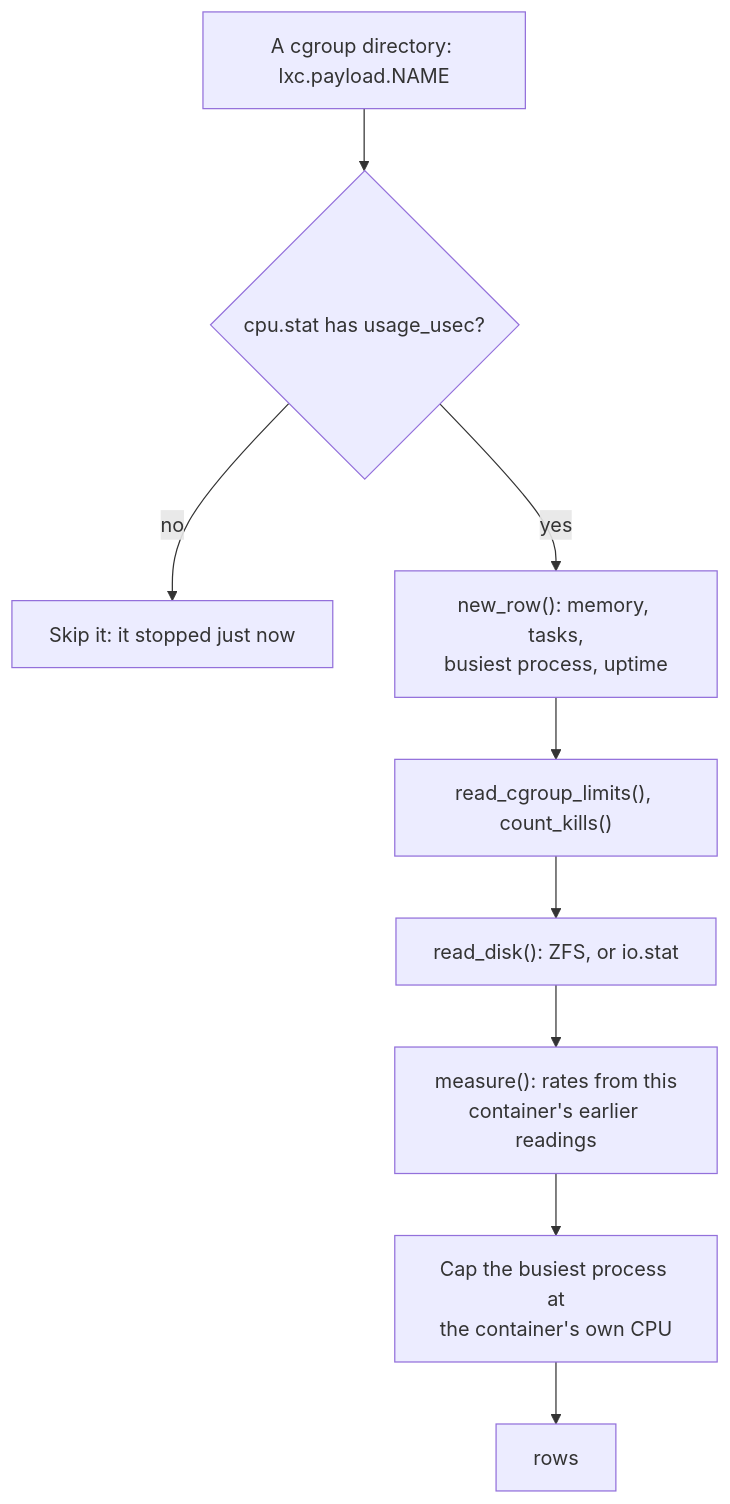
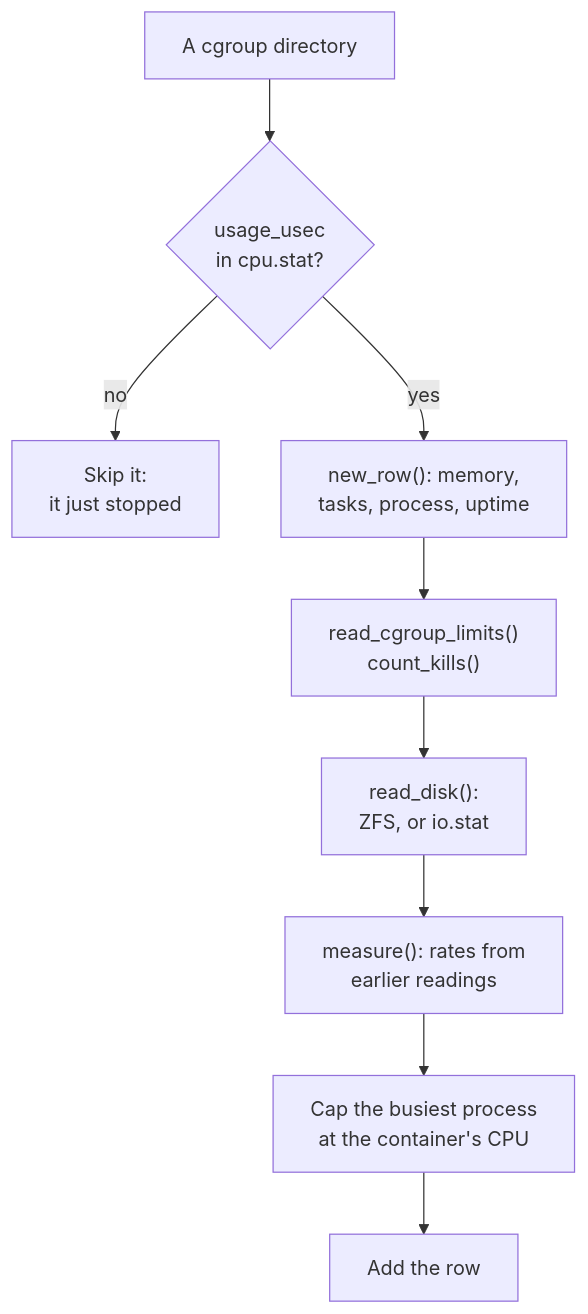
One commit to bjhinkle/lxdtop changed the fourth of 5 diagrams in docs/WALKTHROUGH.md. Above: the diagram before and after it, drawn with Mermaid. The commit also changed other lines of this file, not shown here.

First line of the commit message:
docs: shorter labels in the walkthrough's diagrams

````diff
--- a/docs/WALKTHROUGH.md
+++ b/docs/WALKTHROUGH.md
@@ -351,11 +351,11 @@
 ```mermaid
 flowchart TD
-    dir["A cgroup directory: lxc.payload.NAME"] --> cpu{"cpu.stat has usage_usec?"}
-    cpu -- no --> skip["Skip it: it stopped just now"]
-    cpu -- yes --> row["new_row(): memory, tasks,<br/>busiest process, uptime"]
-    row --> lim["read_cgroup_limits(), count_kills()"]
-    lim --> disk["read_disk(): ZFS, or io.stat"]
-    disk --> meas["measure(): rates from this<br/>container's earlier readings"]
-    meas --> cap["Cap the busiest process at<br/>the container's own CPU"]
-    cap --> rows["rows"]
+    dir["A cgroup directory"] --> cpu{"usage_usec<br/>in cpu.stat?"}
+    cpu -- no --> skip["Skip it:<br/>it just stopped"]
+    cpu -- yes --> row["new_row(): memory,<br/>tasks, process, uptime"]
+    row --> lim["read_cgroup_limits()<br/>count_kills()"]
+    lim --> disk["read_disk():<br/>ZFS, or io.stat"]
+    disk --> meas["measure(): rates from<br/>earlier readings"]
+    meas --> cap["Cap the busiest process<br/>at the container's CPU"]
+    cap --> rows["Add the row"]
 ```
````
